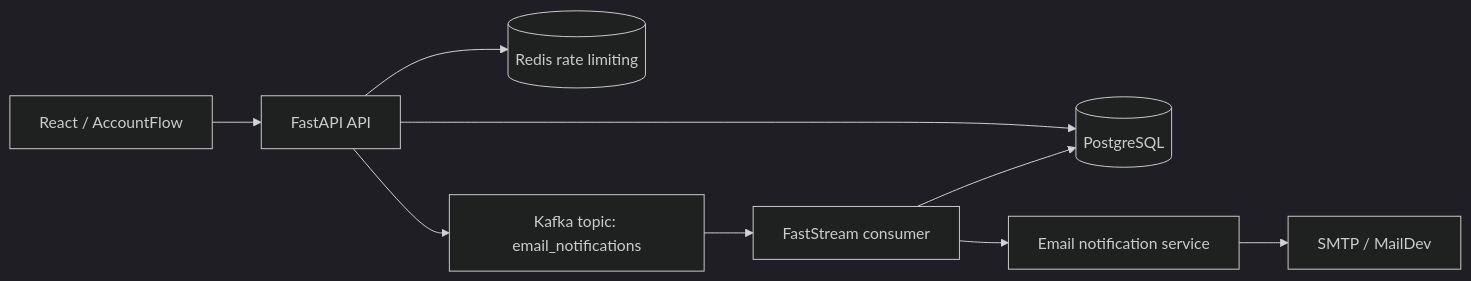
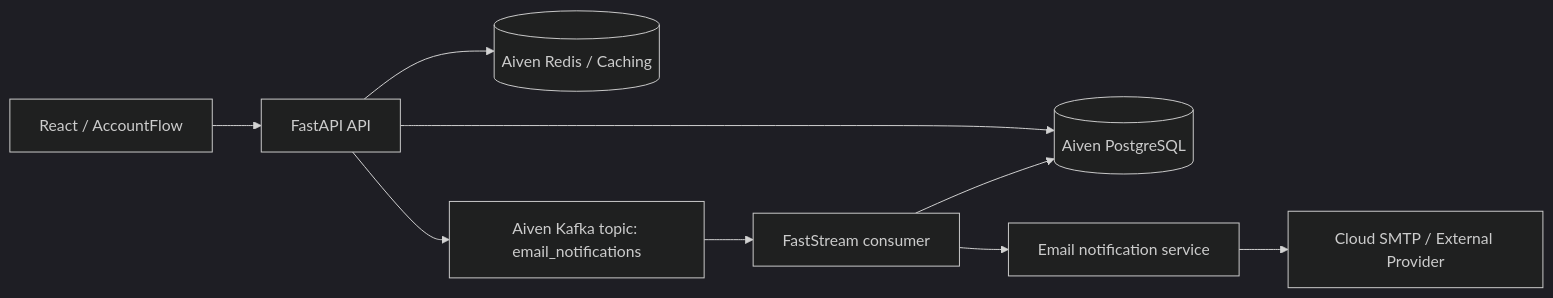
One commit to DhrithiHH/Event-Driven-Account-Management-Platform--backend changed the first of 2 diagrams in Readme.md. Above: the diagram before and after it, drawn with Mermaid (dark theme). The commit also changed other lines of this file and 13 other files, not shown here.

Commit message:
Remove Docker and configure backend for Aiven services (PostgreSQL, Kafka, Redis)

````diff
--- a/Readme.md
+++ b/Readme.md
@@ -23,11 +23,11 @@
 ```mermaid
 flowchart LR
     FE[React / AccountFlow] --> API[FastAPI API]
-    API --> PG[(PostgreSQL)]
-    API --> Redis[(Redis rate limiting)]
-    API --> Kafka[Kafka topic: email_notifications]
+    API --> PG[(Aiven PostgreSQL)]
+    API --> Redis[(Aiven Redis / Caching)]
+    API --> Kafka[Aiven Kafka topic: email_notifications]
     Kafka --> FS[FastStream consumer]
     FS --> SMTP[Email notification service]
-    SMTP --> MailDev[SMTP / MailDev]
+    SMTP --> CloudSMTP[Cloud SMTP / External Provider]
     FS --> PG
 ```
````
